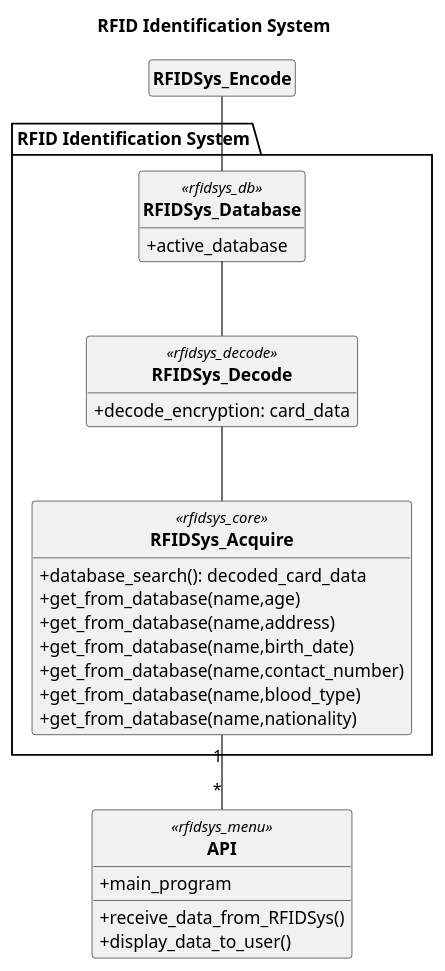
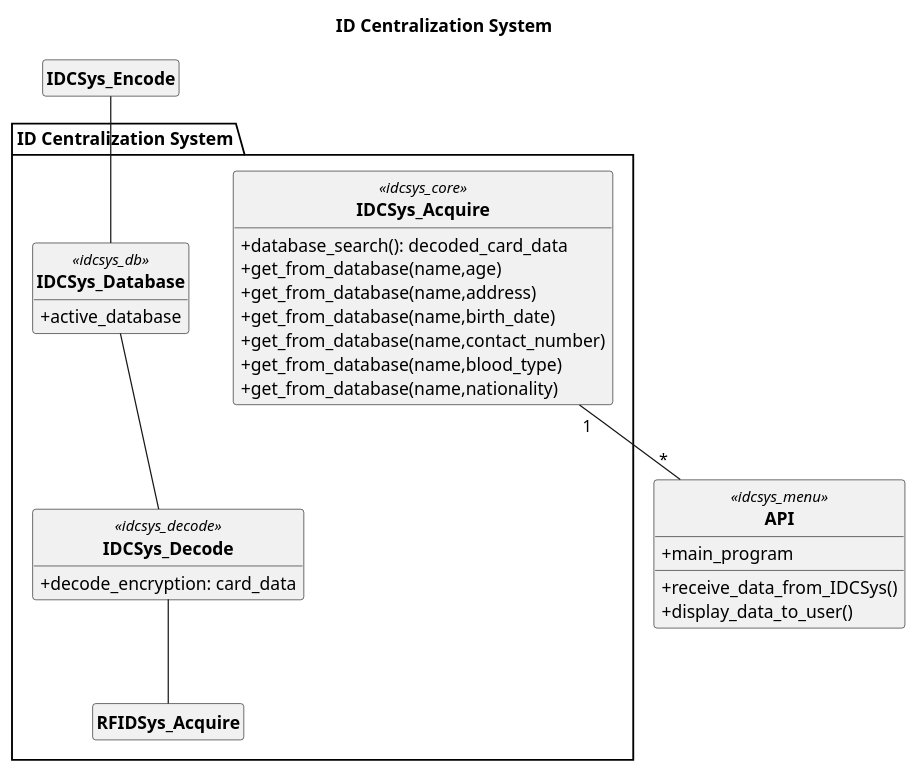
One commit to Fraxinus001/OOYellowProject changed the diagram in OOPLXYellow.puml. Above: the diagram before and after it, drawn with PlantUML.

```diff
--- a/OOPLXYellow.puml
+++ b/OOPLXYellow.puml
@@ -1,35 +1,35 @@
 @startuml
 'https://plantuml.com/sequence-diagram
 skinparam style strictuml
 skinparam classAttributeIconSize 0
 skinparam classFontStyle bold
 hide empty members
 hide empty methods
-title "RFID Identification System"
+title "ID Centralization System"
 
-class "RFIDSys_Encode"
-package "RFID Identification System"{
-RFIDSys_Encode -- "RFIDSys_Database"
-class "RFIDSys_Database" << rfidsys_db >>
-RFIDSys_Database : +active_database
-class "RFIDSys_Decode" << rfidsys_decode >>
-RFIDSys_Database -- RFIDSys_Decode
-RFIDSys_Decode : +decode_encryption: card_data
-class "RFIDSys_Acquire" << rfidsys_core >>
-RFIDSys_Decode -- RFIDSys_Acquire
-RFIDSys_Acquire : +database_search(): decoded_card_data
-RFIDSys_Acquire : +get_from_database(name,age)
-RFIDSys_Acquire : +get_from_database(name,address)
-RFIDSys_Acquire : +get_from_database(name,birth_date)
-RFIDSys_Acquire : +get_from_database(name,contact_number)
-RFIDSys_Acquire : +get_from_database(name,blood_type)
-RFIDSys_Acquire : +get_from_database(name,nationality)
+class "IDCSys_Encode"
+package "ID Centralization System"{
+IDCSys_Encode -- "IDCSys_Database"
+class "IDCSys_Database" << idcsys_db >>
+IDCSys_Database : +active_database
+class "IDCSys_Decode" << idcsys_decode >>
+IDCSys_Database -- IDCSys_Decode
+IDCSys_Decode : +decode_encryption: card_data
+class "IDCSys_Acquire" << idcsys_core >>
+IDCSys_Decode -- RFIDSys_Acquire
+IDCSys_Acquire : +database_search(): decoded_card_data
+IDCSys_Acquire : +get_from_database(name,age)
+IDCSys_Acquire : +get_from_database(name,address)
+IDCSys_Acquire : +get_from_database(name,birth_date)
+IDCSys_Acquire : +get_from_database(name,contact_number)
+IDCSys_Acquire : +get_from_database(name,blood_type)
+IDCSys_Acquire : +get_from_database(name,nationality)
 }
 
-RFIDSys_Acquire "1"--"*" API
-class "API" << rfidsys_menu >>
+IDCSys_Acquire "1"--"*" API
+class "API" << idcsys_menu >>
 API : +main_program
-API : +receive_data_from_RFIDSys()
+API : +receive_data_from_IDCSys()
 API : +display_data_to_user()
 
 @enduml
```
